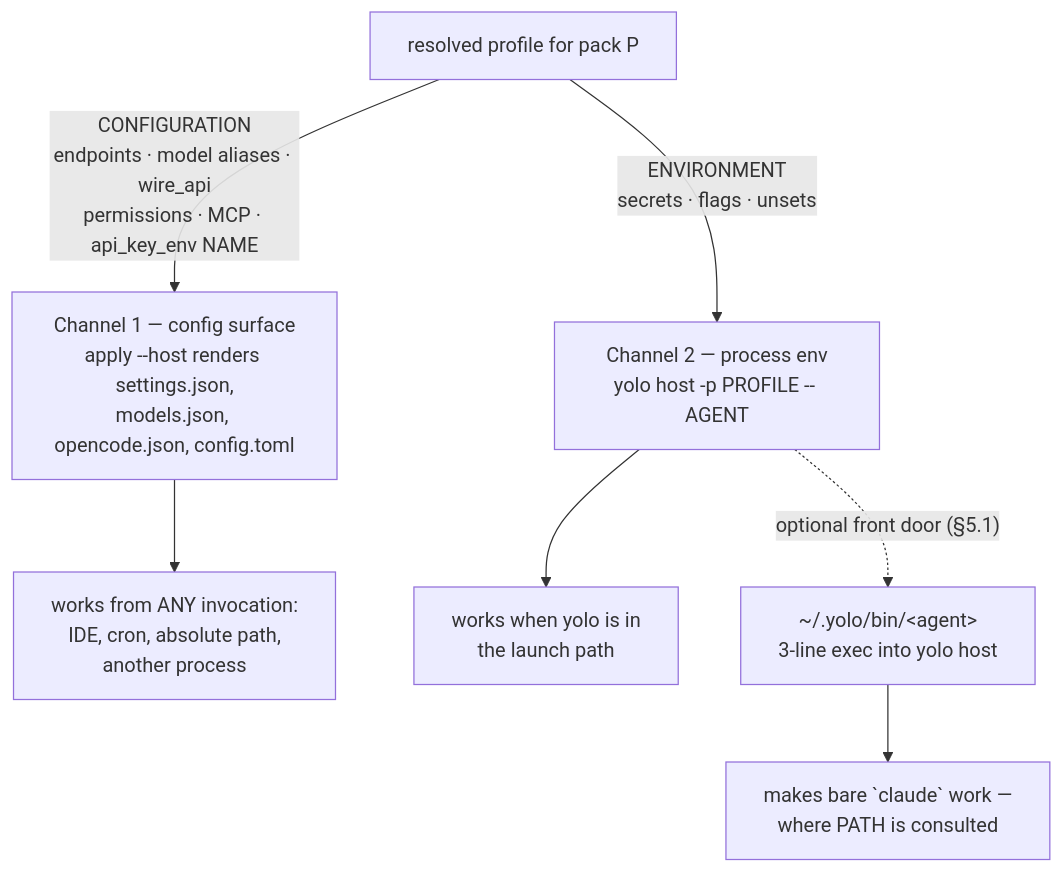
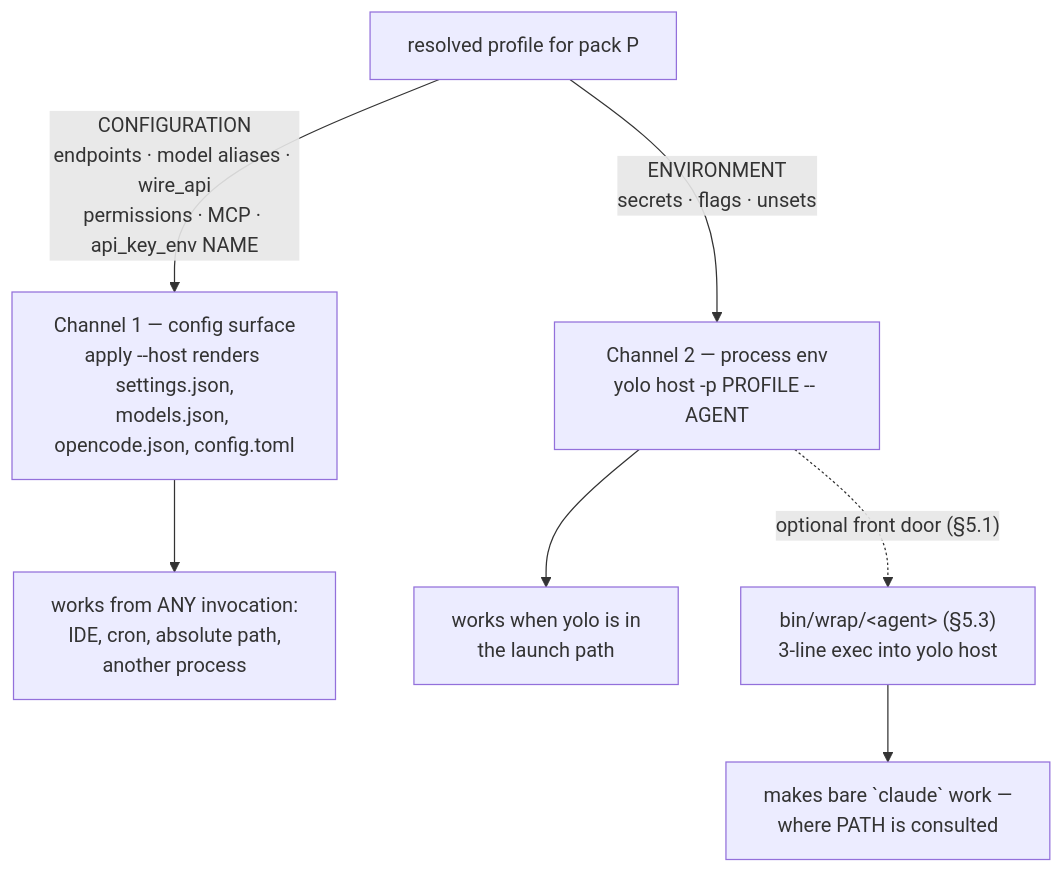
The third of 3 diagrams in docs/design/host-agent-environment.md (mschulkind-oss/yolo-jail), drawn with Mermaid before and after one commit. The commit also changed other lines of this file, not shown here.

````diff
--- a/docs/design/host-agent-environment.md
+++ b/docs/design/host-agent-environment.md
@@ -347,13 +349,13 @@
 ```mermaid
 flowchart TD
     PROF["resolved profile for pack P"]
 
     PROF -->|"CONFIGURATION<br/>endpoints · model aliases · wire_api<br/>permissions · MCP · api_key_env NAME"| C["Channel 1 — config surface<br/>apply --host renders settings.json,<br/>models.json, opencode.json, config.toml"]
     PROF -->|"ENVIRONMENT<br/>secrets · flags · unsets"| E["Channel 2 — process env<br/>yolo host -p PROFILE -- AGENT"]
 
     C --> CANY["works from ANY invocation:<br/>IDE, cron, absolute path,<br/>another process"]
     E --> EEXP["works when yolo is in<br/>the launch path"]
 
-    E -.->|"optional front door (§5.1)"| W["~/.yolo/bin/&lt;agent&gt;<br/>3-line exec into yolo host"]
+    E -.->|"optional front door (§5.1)"| W["bin/wrap/&lt;agent&gt; (§5.3)<br/>3-line exec into yolo host"]
     W --> WPATH["makes bare `claude` work —<br/>where PATH is consulted"]
 ```
````
